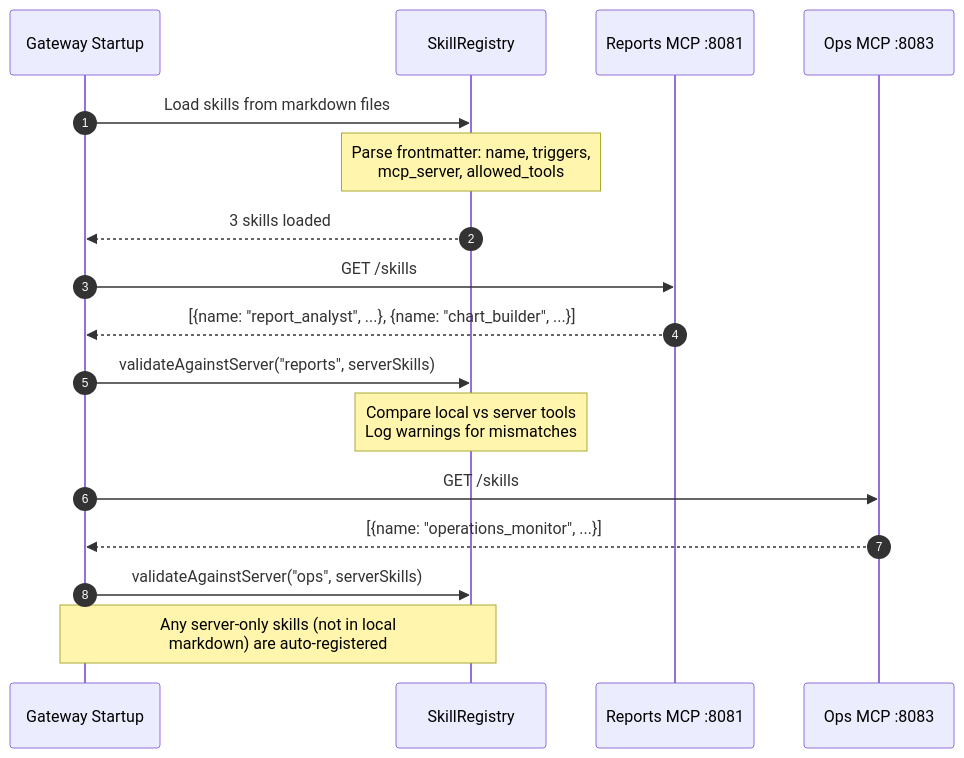
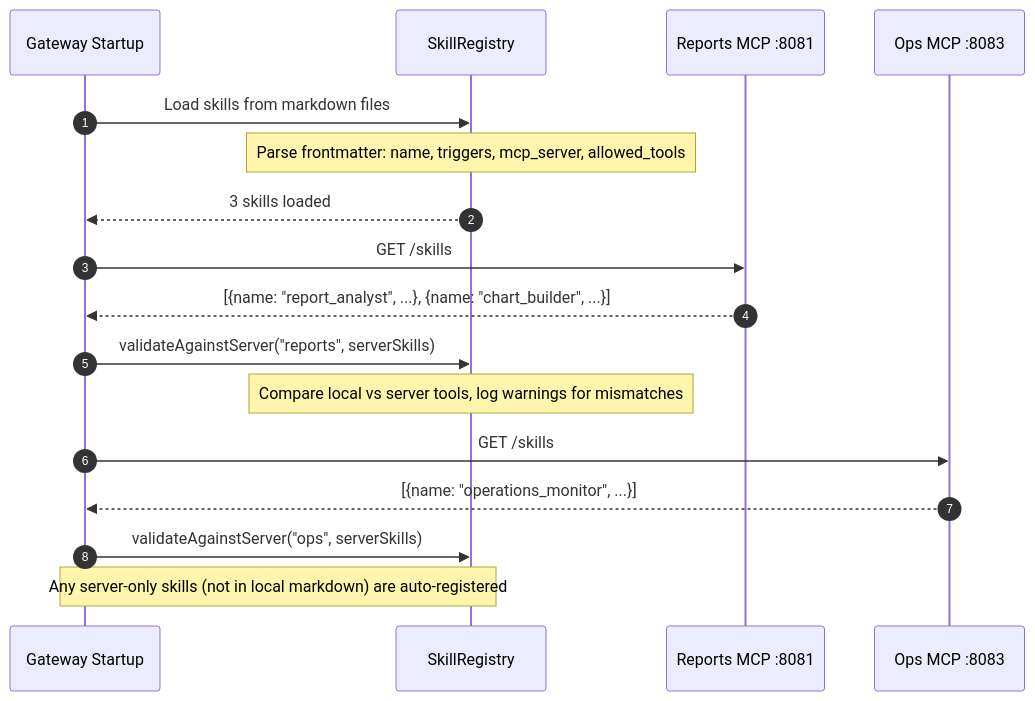
Before and after one commit to rajashashankmuppirala/mcp-poc: the fourth of 16 diagrams in docs/ARCHITECTURE_V2.md, drawn with Mermaid. The commit also changed other lines of this file, not shown here.

````diff
--- a/docs/ARCHITECTURE_V2.md
+++ b/docs/ARCHITECTURE_V2.md
@@ -198,23 +226,23 @@
 ```mermaid
 sequenceDiagram
     autonumber
     participant GW as Gateway Startup
     participant SR as SkillRegistry
     participant RMCP as Reports MCP :8081
     participant OMCP as Ops MCP :8083
 
     GW->>SR: Load skills from markdown files
-    Note over SR: Parse frontmatter: name, triggers,<br/>mcp_server, allowed_tools
+    Note over SR: Parse frontmatter: name, triggers, mcp_server, allowed_tools
     SR-->>GW: 3 skills loaded
 
     GW->>RMCP: GET /skills
     RMCP-->>GW: [{name: "report_analyst", ...}, {name: "chart_builder", ...}]
     GW->>SR: validateAgainstServer("reports", serverSkills)
-    Note over SR: Compare local vs server tools<br/>Log warnings for mismatches
+    Note over SR: Compare local vs server tools, log warnings for mismatches
 
     GW->>OMCP: GET /skills
     OMCP-->>GW: [{name: "operations_monitor", ...}]
     GW->>SR: validateAgainstServer("ops", serverSkills)
 
-    Note over GW,SR: Any server-only skills (not in local<br/>markdown) are auto-registered
+    Note over GW,SR: Any server-only skills (not in local markdown) are auto-registered
 ```
````
